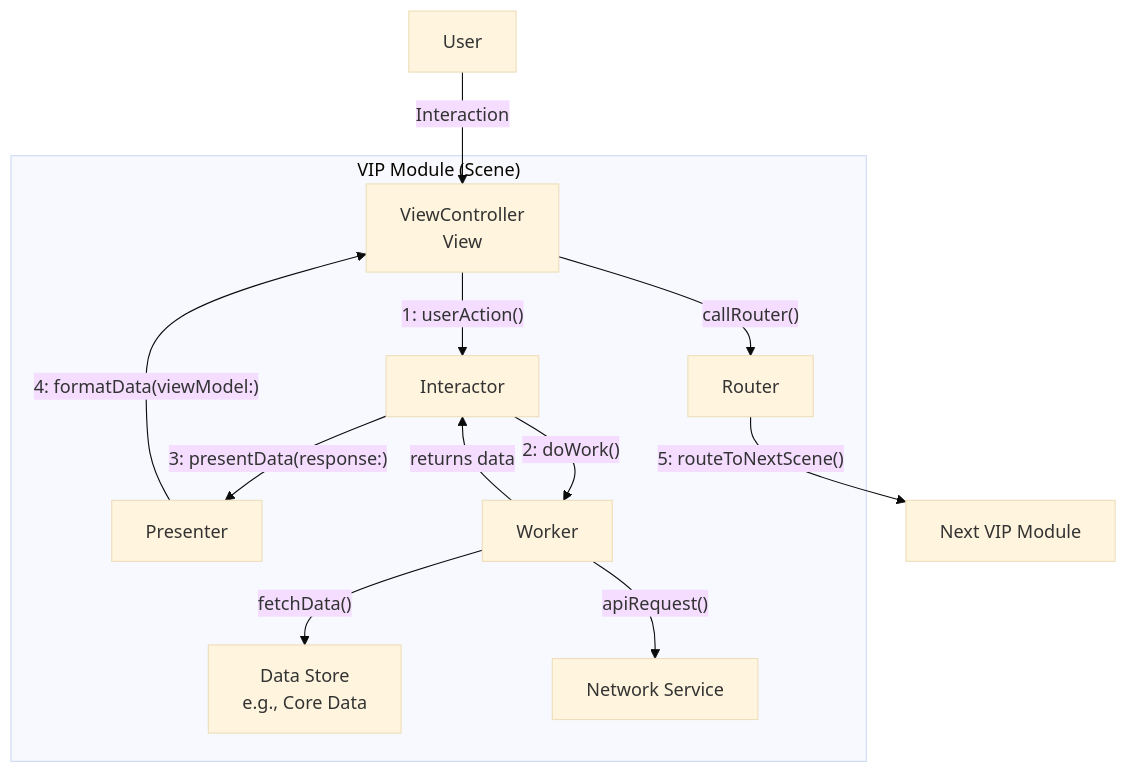
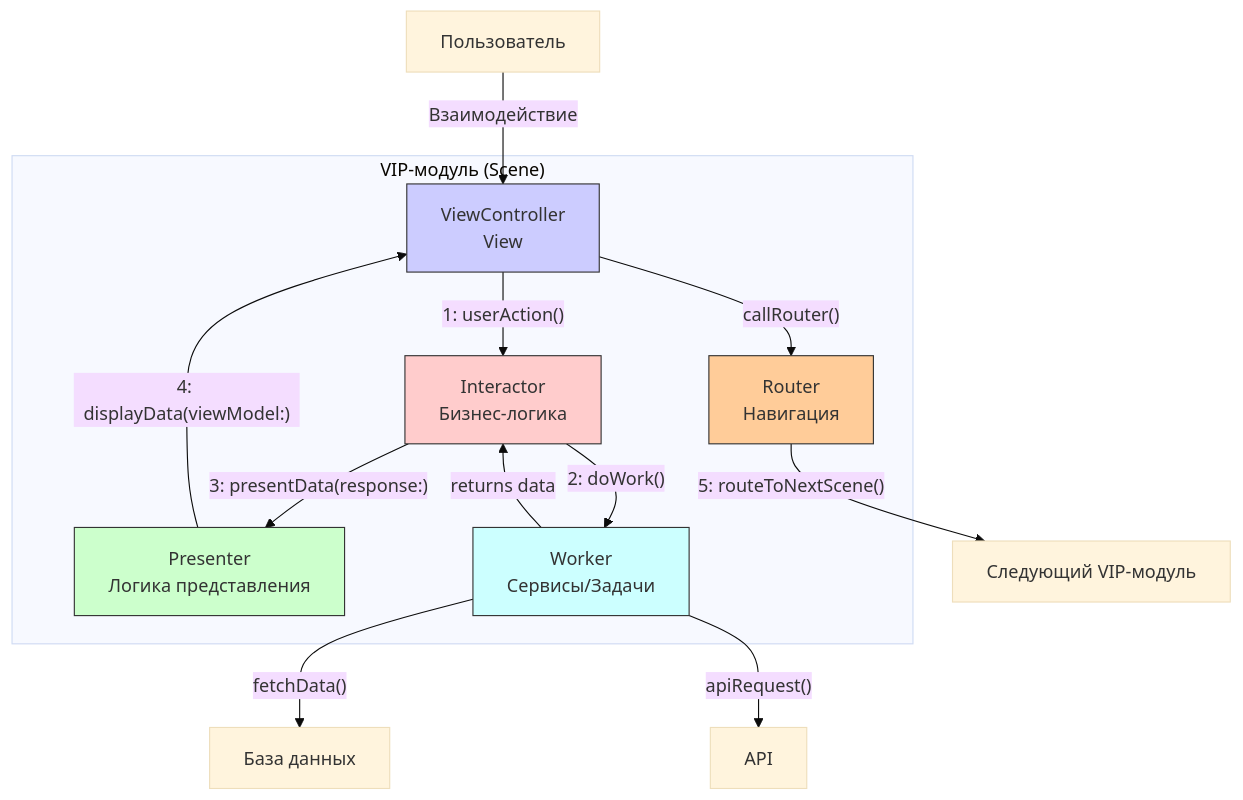
The second of 2 diagrams in Swift/Теория/Архитектурные подходы/Clean Swift (VIP) Architecture.md (NuttyCheese/Obsidian), drawn with Mermaid (base theme) before and after one commit. The commit also changed other lines of this file and 6 other files, not shown here.

````diff
--- a/Swift/Теория/Архитектурные подходы/Clean Swift (VIP) Architecture.md
+++ b/Swift/Теория/Архитектурные подходы/Clean Swift (VIP) Architecture.md
@@ -45,27 +58,29 @@
 ```mermaid
-graph TD
-    subgraph "VIP Module (Scene)"
-        V[ViewController<br>View]
-        I[Interactor]
-        P[Presenter]
-        R[Router]
-        W[Worker]
-        DS[Data Store<br>e.g., Core Data]
-        NS[Network Service]
+flowchart TD
+    subgraph "VIP-модуль (Scene)"
+        V[ViewController<br/>View]
+        I[Interactor<br/>Бизнес-логика]
+        P[Presenter<br/>Логика представления]
+        R[Router<br/>Навигация]
+        W[Worker<br/>Сервисы/Задачи]
     end
-
-    U[User] -->|Interaction| V
-
+    
+    U[Пользователь] -->|Взаимодействие| V
     V -->|"1: userAction()"| I
     V -->|"callRouter()"| R
-
+    
     I -->|"2: doWork()"| W
-    W -->|"fetchData()"| DS
-    W -->|"apiRequest()"| NS
+    W -->|"fetchData()"| DB[База данных]
+    W -->|"apiRequest()"| API[API]
     W -->|"returns data"| I
-
+    
     I -->|"3: presentData(response:)"| P
-    P -->|"4: formatData(viewModel:)"| V
-
-    R -->|"5: routeToNextScene()"| NextModule[Next VIP Module]
+    P -->|"4: displayData(viewModel:)"| V
+    R -->|"5: routeToNextScene()"| Next[Следующий VIP-модуль]
+    
+    style V fill:#ccccff,stroke:#333
+    style I fill:#ffcccc,stroke:#333
+    style P fill:#ccffcc,stroke:#333
+    style R fill:#ffcc99,stroke:#333
+    style W fill:#ccffff,stroke:#333
 ```
````
